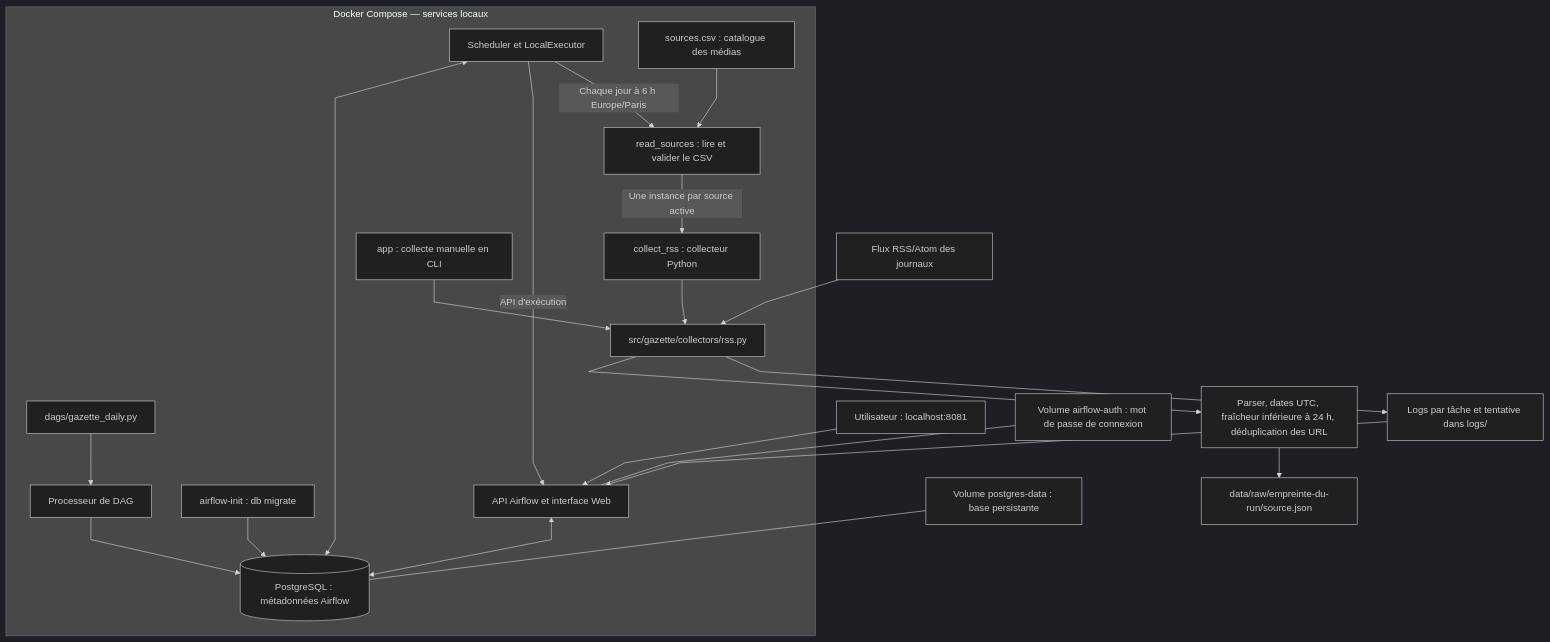
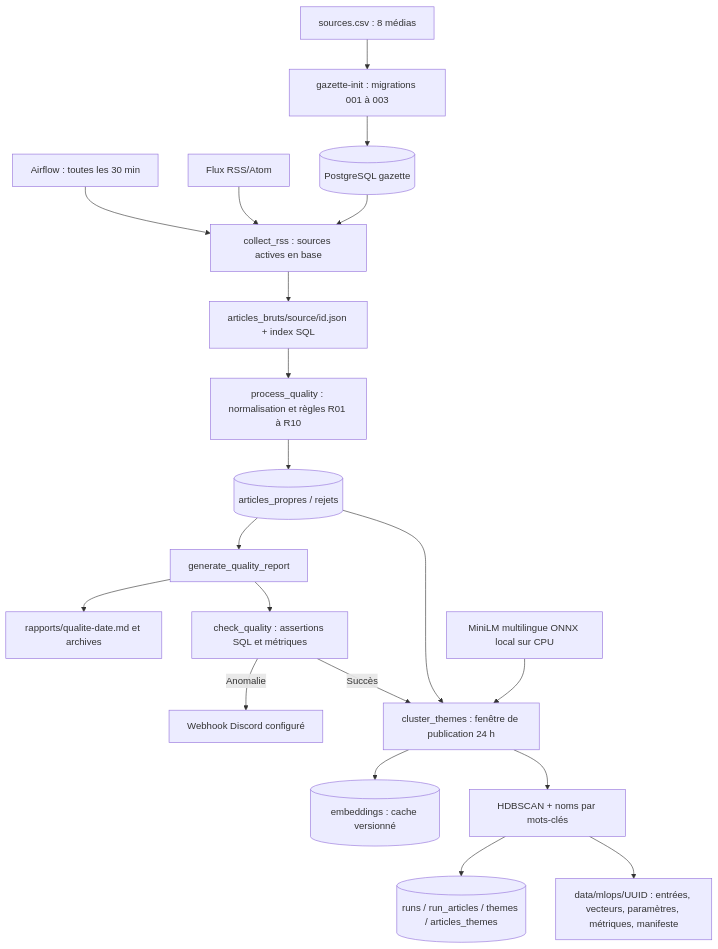
One commit to educ-abdoullah/MDJA changed the diagram in docs/architecture.md. Above: the diagram before and after it, drawn with Mermaid. The commit also changed other lines of this file and 71 other files, not shown here.

````diff
--- a/docs/architecture.md
+++ b/docs/architecture.md
@@ -17,25 +6,22 @@
 ```mermaid
-%%{init: {"theme": "dark", "flowchart": {"curve": "linear"}}}%%
-flowchart TB
-    U["Utilisateur : localhost:8081"] --> API
-    subgraph COMPOSE["Docker Compose — services locaux"]
-        INIT["airflow-init : db migrate"] --> PG[("PostgreSQL : métadonnées Airflow")]
-        API["API Airflow et interface Web"] <--> PG
-        DP["Processeur de DAG"] --> PG
-        S["Scheduler et LocalExecutor"] <--> PG
-        S -->|"API d'exécution"| API
-        DAG["dags/gazette_daily.py"] --> DP
-        S -->|"Chaque jour à 6 h Europe/Paris"| READ["read_sources : lire et valider le CSV"]
-        CSV["sources.csv : catalogue des médias"] --> READ
-        READ -->|"Une instance par source active"| COLLECT["collect_rss : collecteur Python"]
-        APP["app : collecte manuelle en CLI"] --> PY["src/gazette/collectors/rss.py"]
-        COLLECT --> PY
-    end
-    RSS["Flux RSS/Atom des journaux"] --> PY
-    PY --> FILTER["Parser, dates UTC, fraîcheur inférieure à 24 h, déduplication des URL"]
-    FILTER --> JSON["data/raw/empreinte-du-run/source.json"]
-    PY --> LOGS["Logs par tâche et tentative dans logs/"]
-    LOGS --> API
-    AUTH["Volume airflow-auth : mot de passe de connexion"] --- API
-    VOL["Volume postgres-data : base persistante"] --- PG
+flowchart TD
+    CSV["sources.csv : 8 médias"] --> INIT["gazette-init : migrations 001 à 003"]
+    INIT --> DB[("PostgreSQL gazette")]
+    S["Airflow : toutes les 30 min"] --> C["collect_rss : sources actives en base"]
+    RSS["Flux RSS/Atom"] --> C
+    DB --> C
+    C --> RAW["articles_bruts/source/id.json + index SQL"]
+    RAW --> Q["process_quality : normalisation et règles R01 à R10"]
+    Q --> CLEAN[("articles_propres / rejets")]
+    CLEAN --> R["generate_quality_report"]
+    R --> FILE["rapports/qualite-date.md et archives"]
+    R --> CHECK["check_quality : assertions SQL et métriques"]
+    CHECK -->|"Anomalie"| ALERT["Webhook Discord configuré"]
+    CHECK -->|"Succès"| ML["cluster_themes : fenêtre de publication 24 h"]
+    CLEAN --> ML
+    ML --> CACHE[("embeddings : cache versionné")]
+    MODEL["MiniLM multilingue ONNX local sur CPU"] --> ML
+    ML --> CL["HDBSCAN + noms par mots-clés"]
+    CL --> TRACK[("runs / run_articles / themes / articles_themes")]
+    CL --> ART["data/mlops/UUID : entrées, vecteurs, paramètres, métriques, manifeste"]
 ```
````
